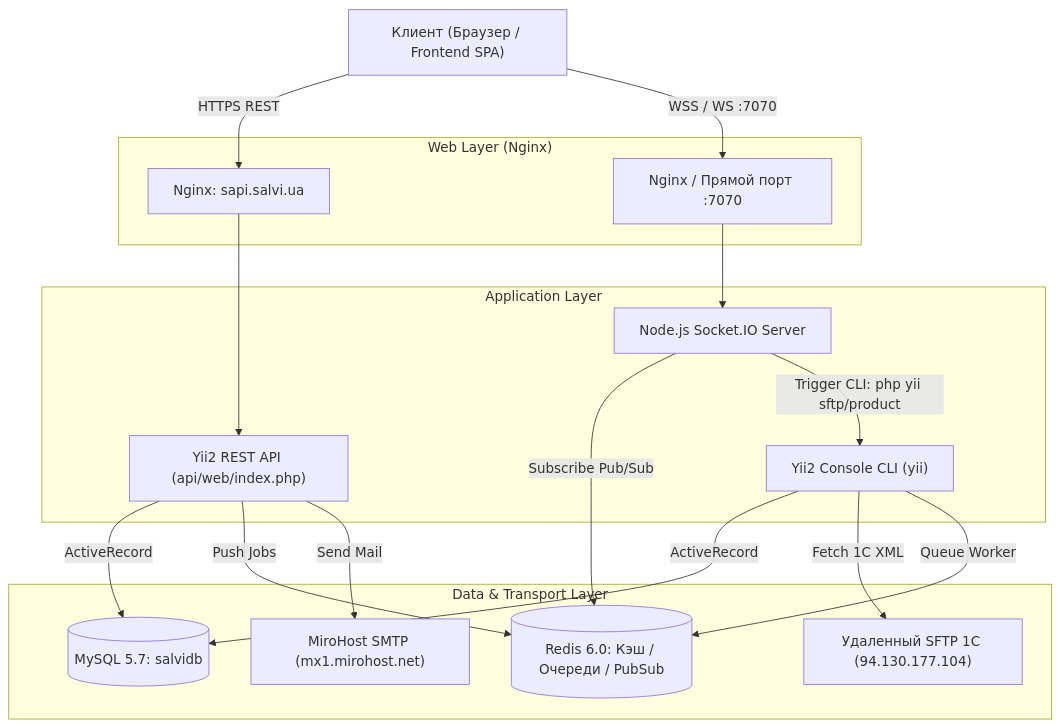
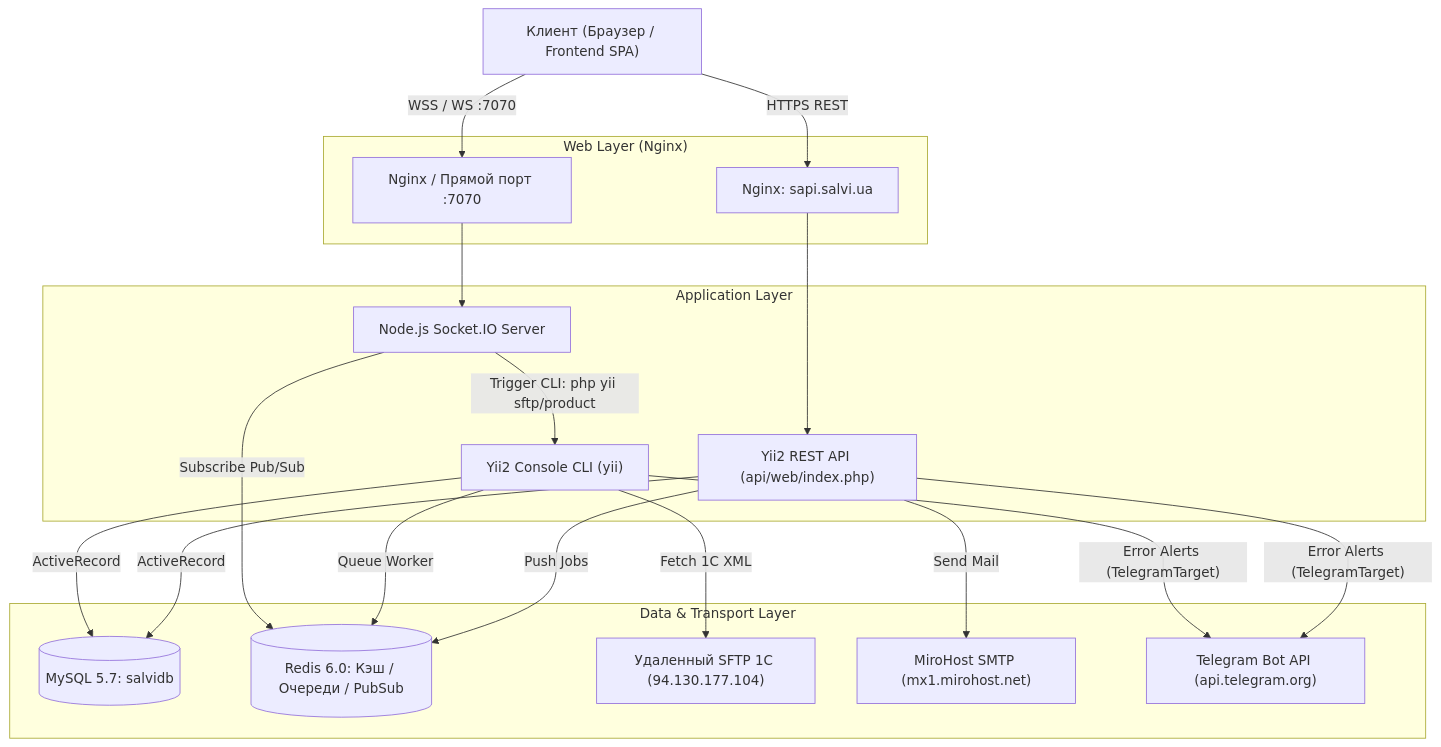
The diagram in docs/architecture/overview.md (alamov085/salvi-backend), drawn with Mermaid before and after one commit. The commit also changed other lines of this file and 2 other files, not shown here.

Commit message:
alerts to tg

````diff
--- a/docs/architecture/overview.md
+++ b/docs/architecture/overview.md
@@ -51,36 +51,39 @@
 ```mermaid
 flowchart TD
     Client["Клиент (Браузер / Frontend SPA)"]
 
     subgraph WebLayer ["Web Layer (Nginx)"]
         NginxAPI["Nginx: sapi.salvi.ua"]
         NginxWS["Nginx / Прямой порт :7070"]
     end
 
     subgraph AppLayer ["Application Layer"]
         YiiAPI["Yii2 REST API (api/web/index.php)"]
         YiiConsole["Yii2 Console CLI (yii)"]
         NodeServer["Node.js Socket.IO Server"]
     end
 
     subgraph StorageLayer ["Data & Transport Layer"]
         MySQL[("MySQL 5.7: salvidb")]
         Redis[("Redis 6.0: Кэш / Очереди / PubSub")]
         SFTP["Удаленный SFTP 1C (94.130.177.104)"]
         SMTP["MiroHost SMTP (mx1.mirohost.net)"]
+        TG["Telegram Bot API (api.telegram.org)"]
     end
 
     Client -->|"HTTPS REST"| NginxAPI --> YiiAPI
     Client -->|"WSS / WS :7070"| NginxWS --> NodeServer
 
     YiiAPI -->|"ActiveRecord"| MySQL
     YiiAPI -->|"Push Jobs"| Redis
     YiiAPI -->|"Send Mail"| SMTP
+    YiiAPI -->|"Error Alerts (TelegramTarget)"| TG
 
     YiiConsole -->|"ActiveRecord"| MySQL
     YiiConsole -->|"Fetch 1C XML"| SFTP
     YiiConsole -->|"Queue Worker"| Redis
+    YiiConsole -->|"Error Alerts (TelegramTarget)"| TG
 
     NodeServer -->|"Subscribe Pub/Sub"| Redis
     NodeServer -->|"Trigger CLI: php yii sftp/product"| YiiConsole
 ```
````
